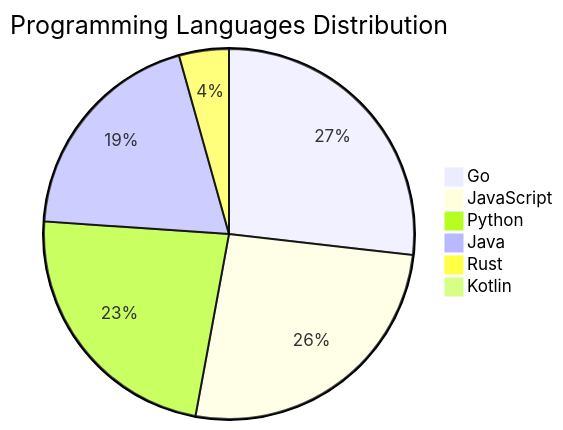
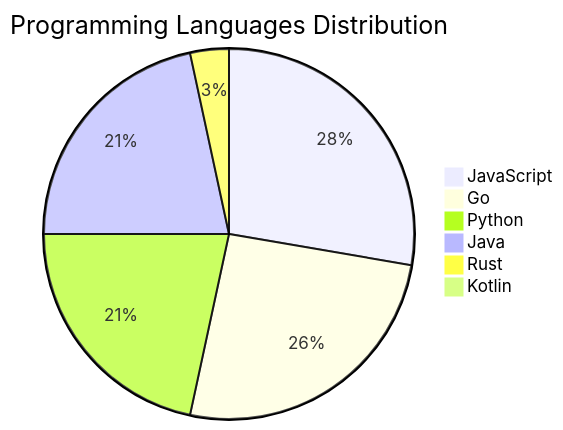
Before and after one commit to Derrick-MUGISHA/github-activity-bot: the diagram in README.md, drawn with Mermaid. The commit also changed other lines of this file and 4 other files, not shown here.

````diff
--- a/README.md
+++ b/README.md
@@ -206,9 +206,9 @@
 ```mermaid
 pie title Programming Languages Distribution
-    "Go" : 37
-    "JavaScript" : 36
+    "JavaScript" : 41
+    "Go" : 38
     "Python" : 32
-    "Java" : 27
-    "Rust" : 6
+    "Java" : 32
+    "Rust" : 5
     "Kotlin" : 1
 ```
````
